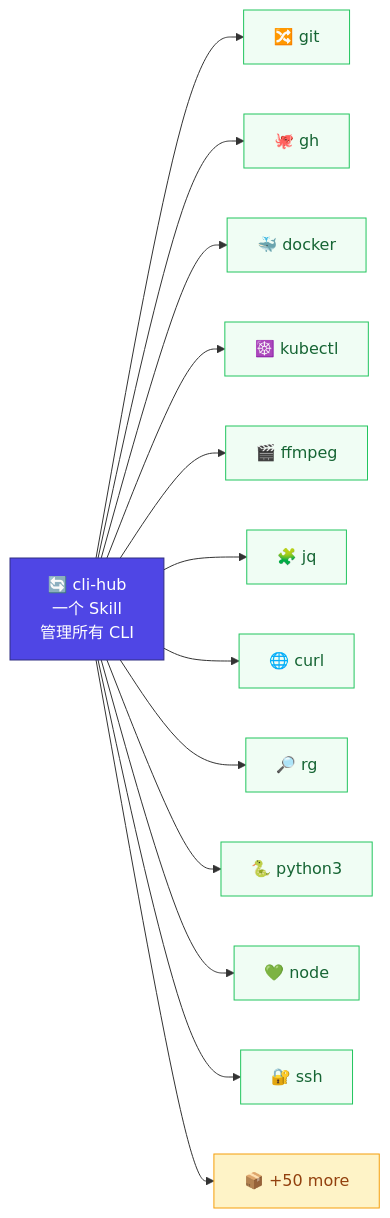
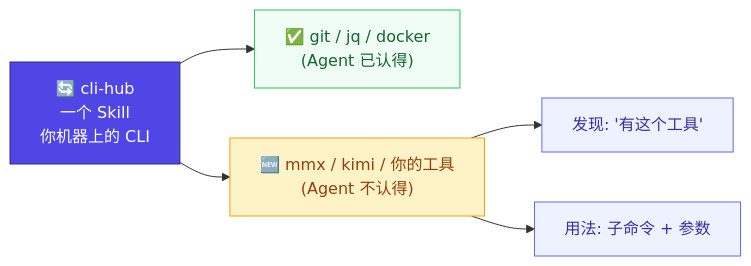
One commit to dull-bird/cli-hub changed the diagram in README_CN.md. Above: the diagram before and after it, drawn with Mermaid. The commit also changed other lines of this file and 2 other files, not shown here.

````diff
--- a/README_CN.md
+++ b/README_CN.md
@@ -5,29 +12,13 @@
 ```mermaid
 graph LR
-    CH["🔄 cli-hub<br/>一个 Skill<br/>管理所有 CLI"] --> git["🔀 git"]
-    CH --> gh["🐙 gh"]
-    CH --> docker["🐳 docker"]
-    CH --> kubectl["☸️ kubectl"]
-    CH --> ffmpeg["🎬 ffmpeg"]
-    CH --> jq["🧩 jq"]
-    CH --> curl["🌐 curl"]
-    CH --> rg["🔎 rg"]
-    CH --> python3["🐍 python3"]
-    CH --> node["💚 node"]
-    CH --> ssh["🔐 ssh"]
-    CH --> more["📦 +50 more"]
+    CH["🔄 cli-hub<br/>一个 Skill<br/>你机器上的 CLI"] --> known["✅ git / jq / docker<br/>(Agent 已认得)"]
+    CH --> novel["🆕 mmx / kimi / 你的工具<br/>(Agent 不认得)"]
+    novel --> disc["发现: '有这个工具'"]
+    novel --> use["用法: 子命令 + 参数"]
 
     style CH fill:#4f46e5,color:#fff,stroke:#312e81
-    style git fill:#f0fdf4,stroke:#22c55e,color:#166534
-    style gh fill:#f0fdf4,stroke:#22c55e,color:#166534
-    style docker fill:#f0fdf4,stroke:#22c55e,color:#166534
-    style kubectl fill:#f0fdf4,stroke:#22c55e,color:#166534
-    style ffmpeg fill:#f0fdf4,stroke:#22c55e,color:#166534
-    style jq fill:#f0fdf4,stroke:#22c55e,color:#166534
-    style curl fill:#f0fdf4,stroke:#22c55e,color:#166534
-    style rg fill:#f0fdf4,stroke:#22c55e,color:#166534
-    style python3 fill:#f0fdf4,stroke:#22c55e,color:#166534
-    style node fill:#f0fdf4,stroke:#22c55e,color:#166534
-    style ssh fill:#f0fdf4,stroke:#22c55e,color:#166534
-    style more fill:#fef3c7,stroke:#f59e0b,color:#92400e
+    style known fill:#f0fdf4,stroke:#22c55e,color:#166534
+    style novel fill:#fef3c7,stroke:#f59e0b,color:#92400e
+    style disc fill:#eef2ff,stroke:#6366f1,color:#3730a3
+    style use fill:#eef2ff,stroke:#6366f1,color:#3730a3
 ```
````
